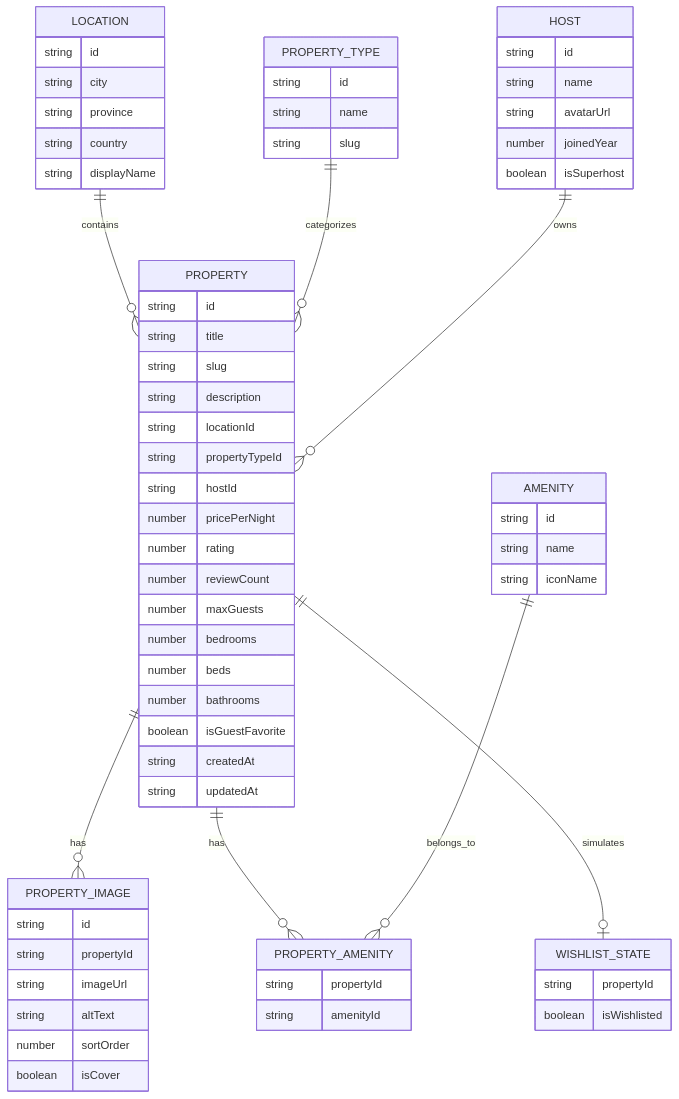
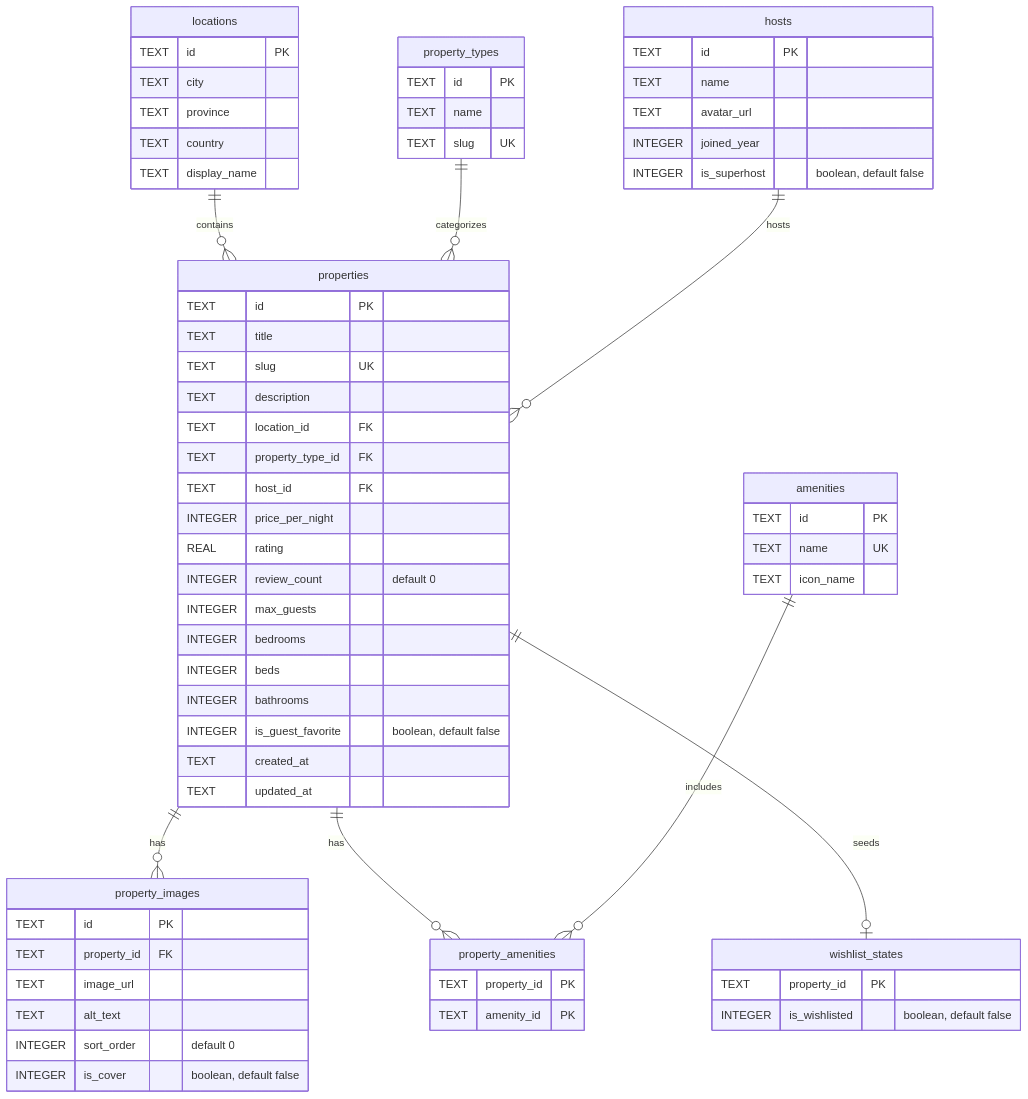
One commit to ExelAlfanso/airbnb-skripsi changed the diagram in docs/01-erd.md. Above: the diagram before and after it, drawn with Mermaid. The commit also changed other lines of this file and 28 other files, not shown here.

````diff
--- a/docs/01-erd.md
+++ b/docs/01-erd.md
@@ -158,77 +158,77 @@
 ```mermaid
 erDiagram
-  PROPERTY {
-    string id
-    string title
-    string slug
-    string description
-    string locationId
-    string propertyTypeId
-    string hostId
-    number pricePerNight
-    number rating
-    number reviewCount
-    number maxGuests
-    number bedrooms
-    number beds
-    number bathrooms
-    boolean isGuestFavorite
-    string createdAt
-    string updatedAt
+  locations {
+    TEXT id PK
+    TEXT city
+    TEXT province
+    TEXT country
+    TEXT display_name
   }
 
-  LOCATION {
-    string id
-    string city
-    string province
-    string country
-    string displayName
+  property_types {
+    TEXT id PK
+    TEXT name
+    TEXT slug UK
   }
 
-  PROPERTY_TYPE {
-    string id
-    string name
-    string slug
+  hosts {
+    TEXT id PK
+    TEXT name
+    TEXT avatar_url
+    INTEGER joined_year
+    INTEGER is_superhost "boolean, default false"
   }
 
-  HOST {
-    string id
-    string name
-    string avatarUrl
-    number joinedYear
-    boolean isSuperhost
+  amenities {
+    TEXT id PK
+    TEXT name UK
+    TEXT icon_name
   }
 
-  AMENITY {
-    string id
-    string name
-    string iconName
+  properties {
+    TEXT id PK
+    TEXT title
+    TEXT slug UK
+    TEXT description
+    TEXT location_id FK
+    TEXT property_type_id FK
+    TEXT host_id FK
+    INTEGER price_per_night
+    REAL rating
+    INTEGER review_count "default 0"
+    INTEGER max_guests
+    INTEGER bedrooms
+    INTEGER beds
+    INTEGER bathrooms
+    INTEGER is_guest_favorite "boolean, default false"
+    TEXT created_at
+    TEXT updated_at
   }
 
-  PROPERTY_AMENITY {
-    string propertyId
-    string amenityId
+  property_images {
+    TEXT id PK
+    TEXT property_id FK
+    TEXT image_url
+    TEXT alt_text
+    INTEGER sort_order "default 0"
+    INTEGER is_cover "boolean, default false"
   }
 
-  PROPERTY_IMAGE {
-    string id
-    string propertyId
-    string imageUrl
-    string altText
-    number sortOrder
-    boolean isCover
+  property_amenities {
+    TEXT property_id PK
+    TEXT amenity_id PK
   }
 
-  WISHLIST_STATE {
-    string propertyId
-    boolean isWishlisted
+  wishlist_states {
+    TEXT property_id PK
+    INTEGER is_wishlisted "boolean, default false"
   }
 
-  PROPERTY ||--o{ PROPERTY_IMAGE : has
-  LOCATION ||--o{ PROPERTY : contains
-  PROPERTY_TYPE ||--o{ PROPERTY : categorizes
-  HOST ||--o{ PROPERTY : owns
-  PROPERTY ||--o{ PROPERTY_AMENITY : has
-  AMENITY ||--o{ PROPERTY_AMENITY : belongs_to
-  PROPERTY ||--o| WISHLIST_STATE : simulates
+  locations ||--o{ properties : contains
+  property_types ||--o{ properties : categorizes
+  hosts ||--o{ properties : hosts
+  properties ||--o{ property_images : has
+  properties ||--o{ property_amenities : has
+  amenities ||--o{ property_amenities : includes
+  properties ||--o| wishlist_states : seeds
 ```
````
